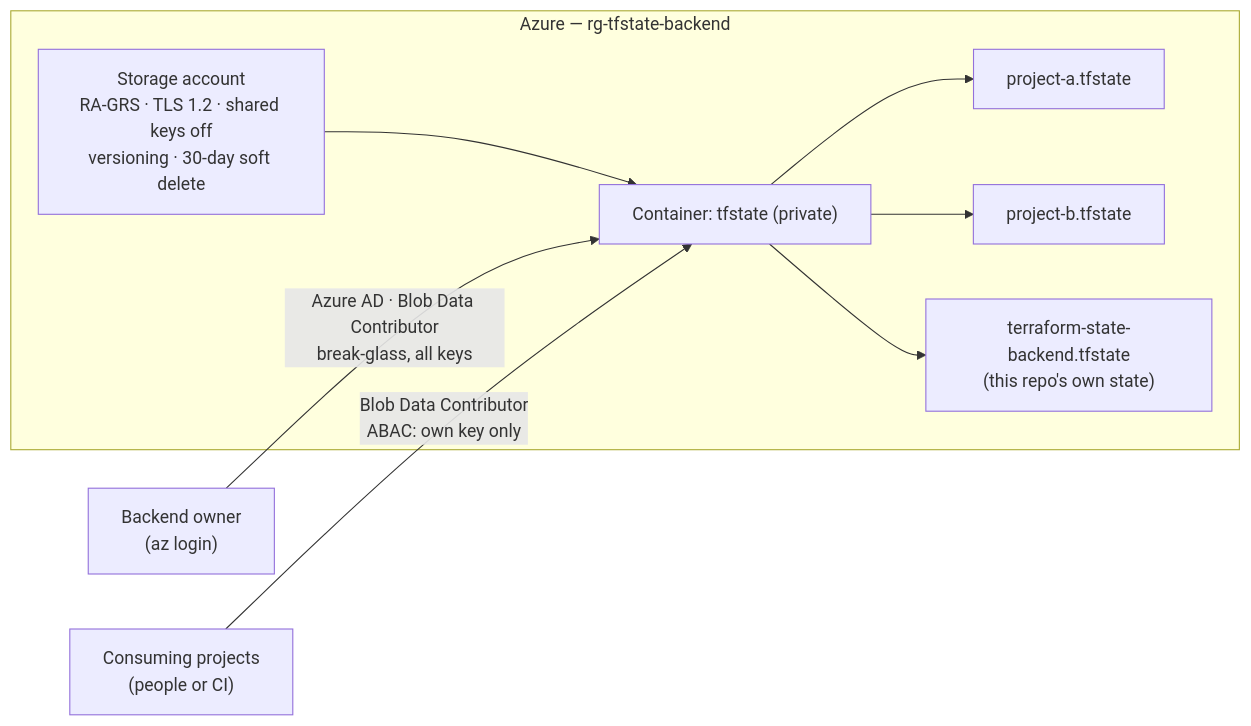
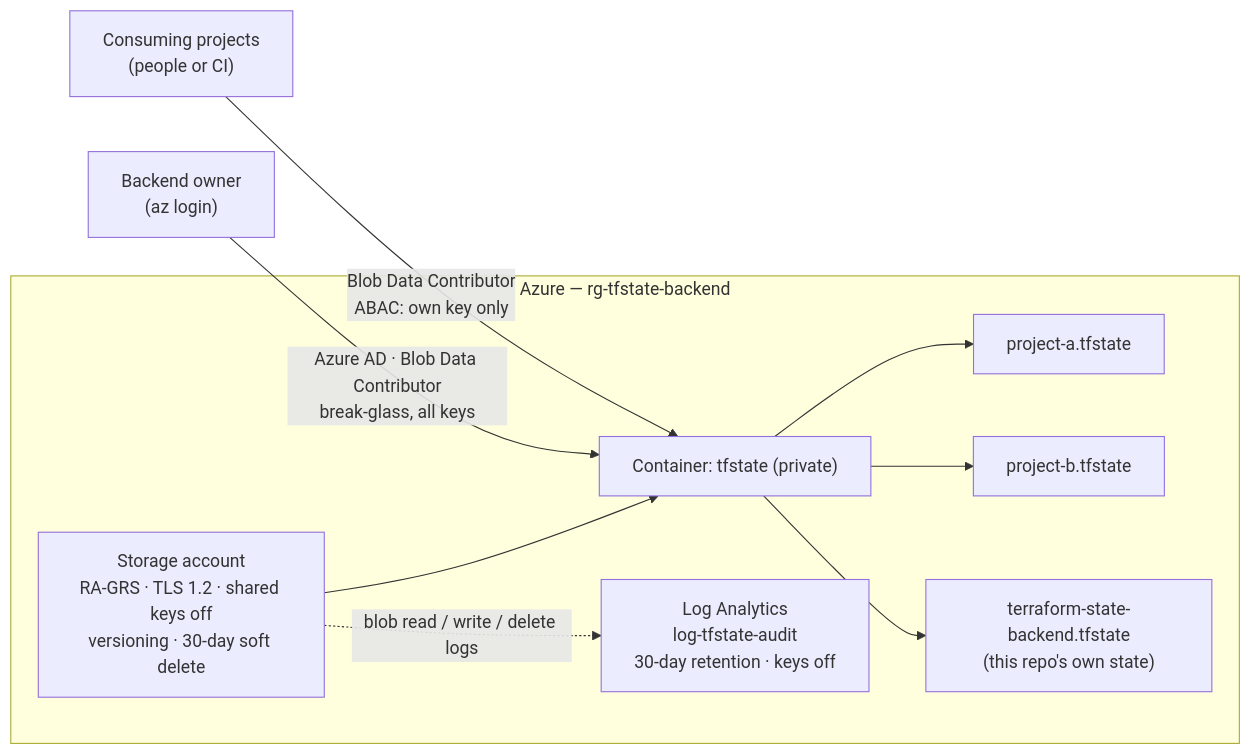
One commit to Josperdo/terraform-state-backend changed the first of 2 diagrams in README.md. Above: the diagram before and after it, drawn with Mermaid. The commit also changed other lines of this file and 6 other files, not shown here.

Commit message:
Add blob audit logging to Log Analytics (Phase 12) (#12)

````diff
--- a/README.md
+++ b/README.md
@@ -16,14 +16,15 @@
 ```mermaid
 flowchart LR
   subgraph Azure["Azure — rg-tfstate-backend"]
     SA["Storage account<br/>RA-GRS · TLS 1.2 · shared keys off<br/>versioning · 30-day soft delete"]
     C["Container: tfstate (private)"]
     SA --> C
     C --> B1["project-a.tfstate"]
     C --> B2["project-b.tfstate"]
     C --> B3["terraform-state-backend.tfstate<br/>(this repo's own state)"]
+    SA -. "blob read / write / delete logs" .-> LA["Log Analytics<br/>log-tfstate-audit<br/>30-day retention · keys off"]
   end
 
   Dev["Backend owner<br/>(az login)"] -- "Azure AD · Blob Data Contributor<br/>break-glass, all keys" --> C
   Consumers["Consuming projects<br/>(people or CI)"] -- "Blob Data Contributor<br/>ABAC: own key only" --> C
 ```
````
